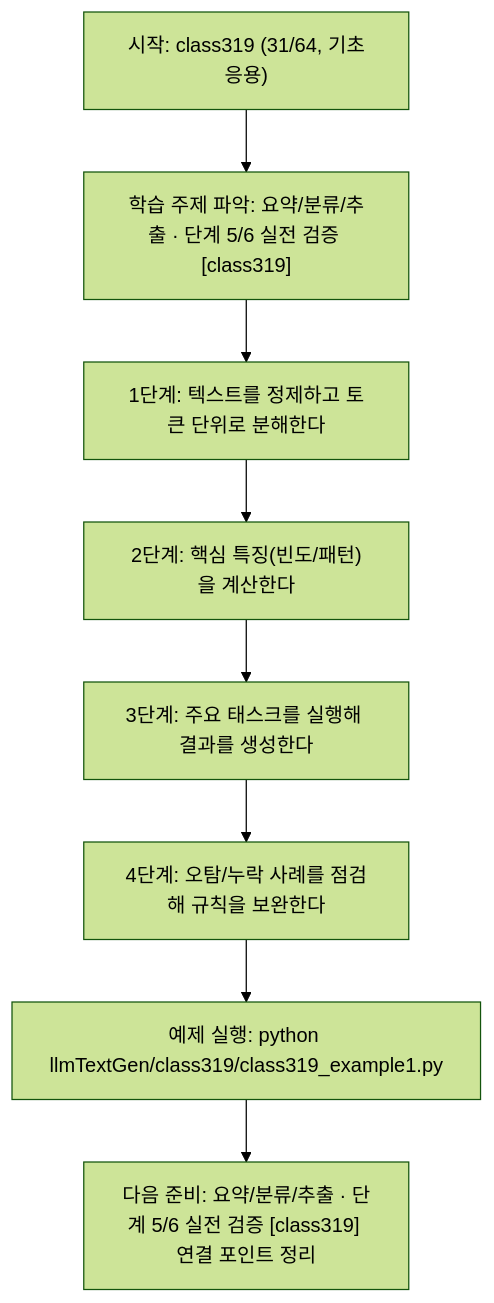
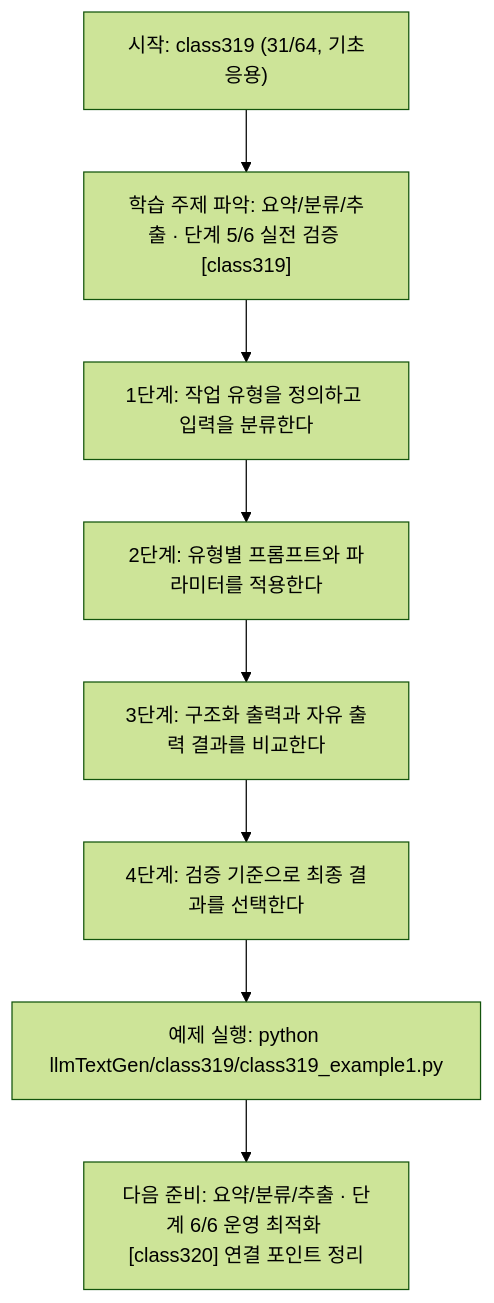
The diagram in llmTextGen/class319/class319.md (edumgt/Python-AI_Agent-Class), drawn with Mermaid (forest theme) before and after one commit. The commit also changed other lines of this file and 451 other files, not shown here.

````diff
--- a/llmTextGen/class319/class319.md
+++ b/llmTextGen/class319/class319.md
@@ -114,18 +95,18 @@
 ```mermaid
 flowchart TD
 N1["시작: class319 (31/64, 기초응용)"]
 N2["학습 주제 파악: 요약/분류/추출 · 단계 5/6 실전 검증 [class319]"]
-N3["1단계: 텍스트를 정제하고 토큰 단위로 분해한다"]
-N4["2단계: 핵심 특징(빈도/패턴)을 계산한다"]
-N5["3단계: 주요 태스크를 실행해 결과를 생성한다"]
-N6["4단계: 오탐/누락 사례를 점검해 규칙을 보완한다"]
+N3["1단계: 작업 유형을 정의하고 입력을 분류한다"]
+N4["2단계: 유형별 프롬프트와 파라미터를 적용한다"]
+N5["3단계: 구조화 출력과 자유 출력 결과를 비교한다"]
+N6["4단계: 검증 기준으로 최종 결과를 선택한다"]
 N7["예제 실행: python llmTextGen/class319/class319_example1.py"]
-N8["다음 준비: 요약/분류/추출 · 단계 5/6 실전 검증 [class319] 연결 포인트 정리"]
+N8["다음 준비: 요약/분류/추출 · 단계 6/6 운영 최적화 [class320] 연결 포인트 정리"]
 N1 --> N2
 N2 --> N3
 N3 --> N4
 N4 --> N5
 N5 --> N6
 N6 --> N7
 N7 --> N8
 ```
````
